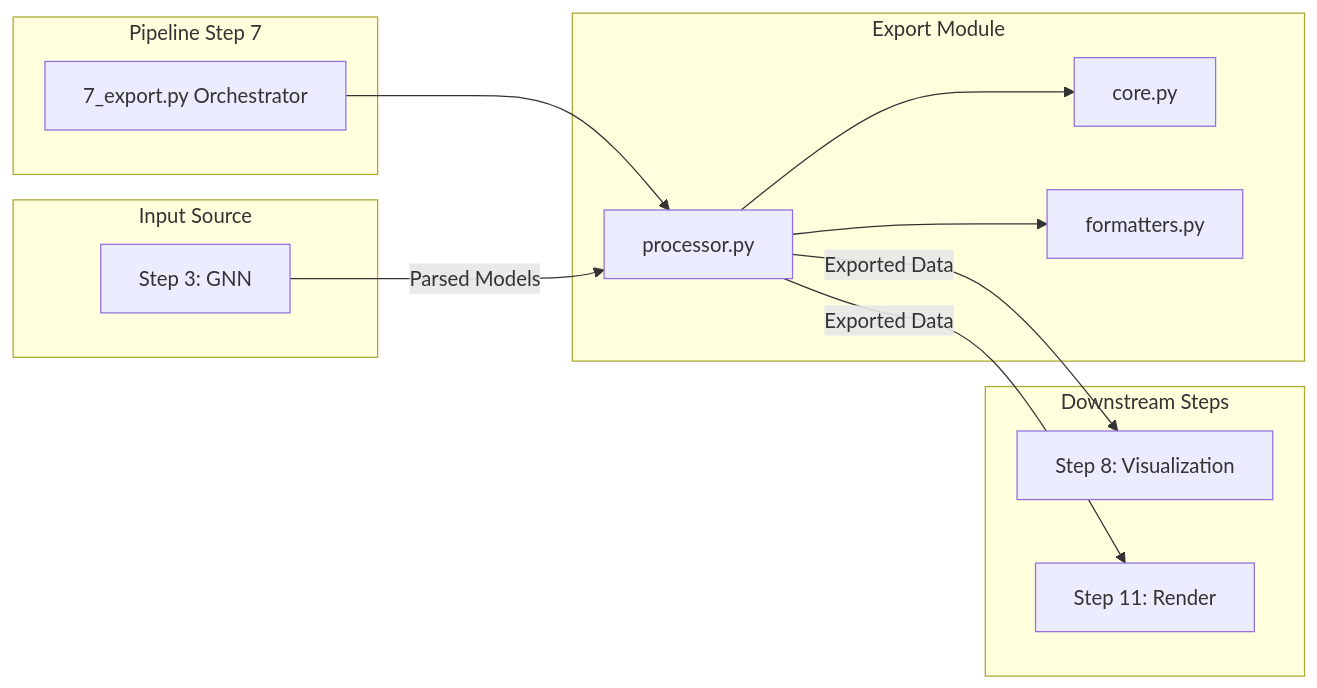
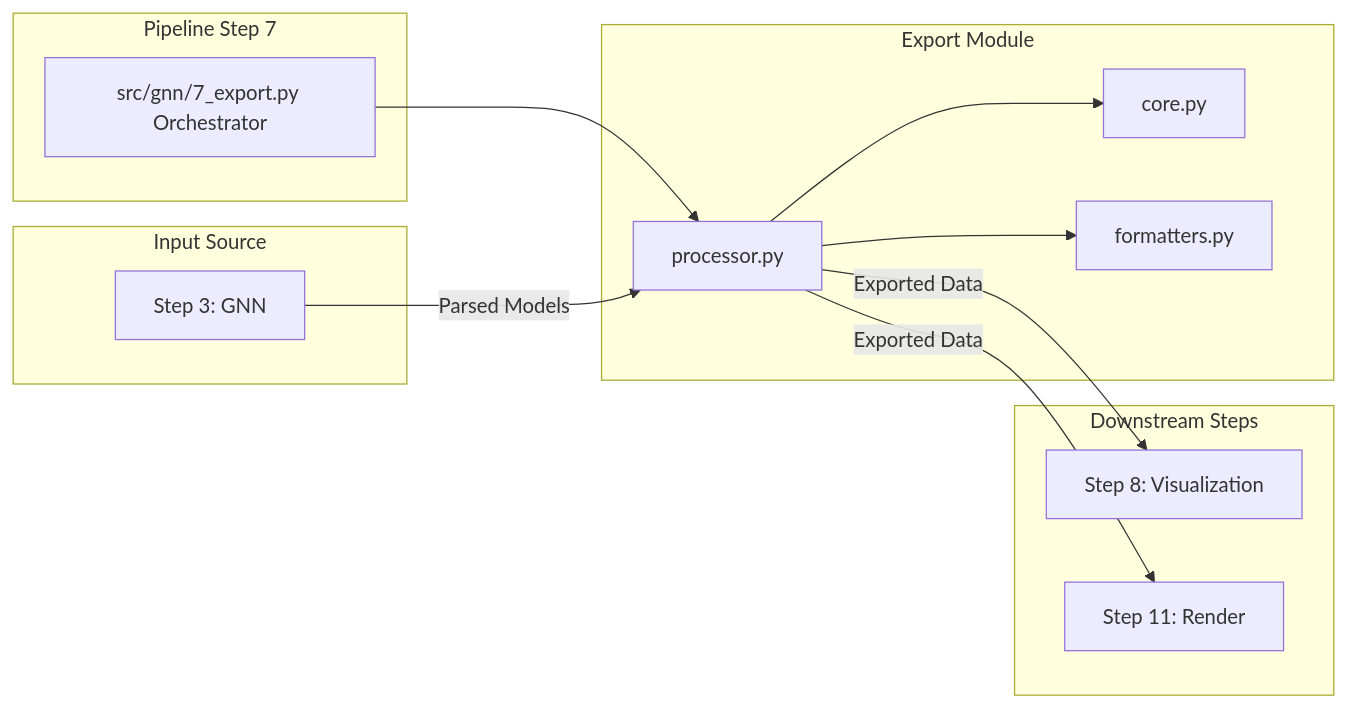
The third of 3 diagrams in src/gnn/export/README.md (ActiveInferenceInstitute/GeneralizedNotationNotation), drawn with Mermaid before and after one commit. The commit also changed other lines of this file and 131 other files, not shown here.

````diff
--- a/src/gnn/export/README.md
+++ b/src/gnn/export/README.md
@@ -91,30 +91,30 @@
 ```mermaid
 flowchart LR
     subgraph "Pipeline Step 7"
-        Step7[7_export.py Orchestrator]
+        Step7[src/gnn/7_export.py Orchestrator]
     end
     
     subgraph "Export Module"
         Processor[processor.py]
         Core[core.py]
         Formatters[formatters.py]
     end
     
     subgraph "Input Source"
         Step3[Step 3: GNN]
     end
     
     subgraph "Downstream Steps"
         Step8[Step 8: Visualization]
         Step11[Step 11: Render]
     end
     
     Step7 --> Processor
     Processor --> Core
     Processor --> Formatters
     
     Step3 -->|Parsed Models| Processor
     
     Processor -->|Exported Data| Step8
     Processor -->|Exported Data| Step11
 ```
````
